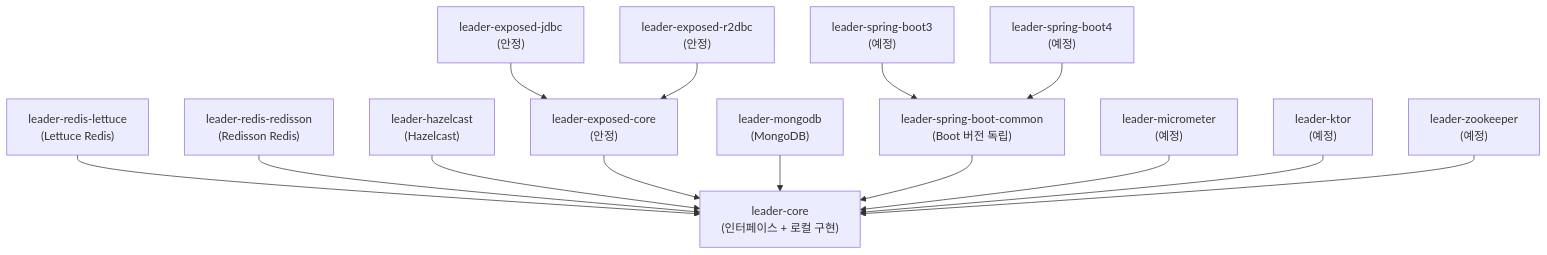
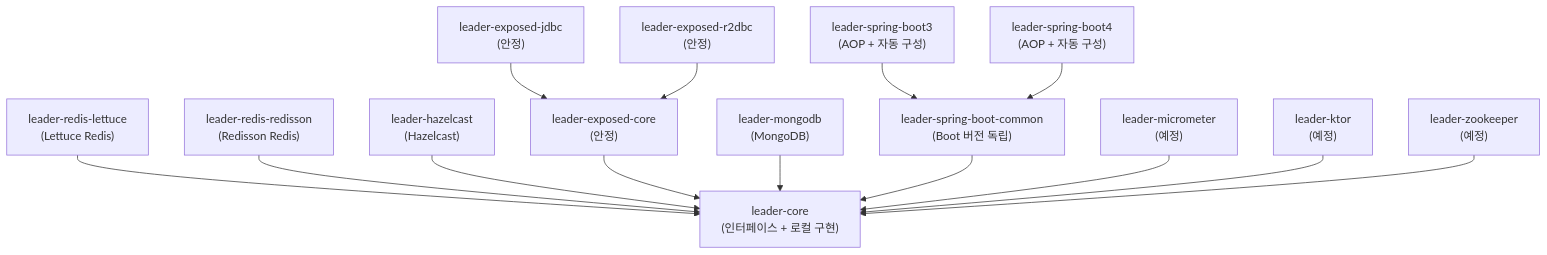
The first of 3 diagrams in README.ko.md (bluetape4k/bluetape4k-leader), drawn with Mermaid before and after one commit. The commit also changed other lines of this file and 68 other files, not shown here.

First line of the commit message:
feat: #41 leader-aop — @LeaderElection / @LeaderGroupElection AOP 어노테이션 + Spring Boot 3/4 AutoConfig (#86)

````diff
--- a/README.ko.md
+++ b/README.ko.md
@@ -25,31 +25,31 @@
 ```mermaid
 graph TD
     Core["leader-core\n(인터페이스 + 로컬 구현)"]
     Lettuce["leader-redis-lettuce\n(Lettuce Redis)"]
     Redisson["leader-redis-redisson\n(Redisson Redis)"]
     Hazelcast["leader-hazelcast\n(Hazelcast)"]
     ExposedCore["leader-exposed-core\n(안정)"]
     ExposedJdbc["leader-exposed-jdbc\n(안정)"]
     ExposedR2dbc["leader-exposed-r2dbc\n(안정)"]
     Mongo["leader-mongodb\n(MongoDB)"]
     SBCommon["leader-spring-boot-common\n(Boot 버전 독립)"]
-    SB3["leader-spring-boot3\n(예정)"]
-    SB4["leader-spring-boot4\n(예정)"]
+    SB3["leader-spring-boot3\n(AOP + 자동 구성)"]
+    SB4["leader-spring-boot4\n(AOP + 자동 구성)"]
     Metrics["leader-micrometer\n(예정)"]
     Ktor["leader-ktor\n(예정)"]
     ZK["leader-zookeeper\n(예정)"]
 
     Lettuce --> Core
     Redisson --> Core
     Hazelcast --> Core
     ExposedCore --> Core
     ExposedJdbc --> ExposedCore
     ExposedR2dbc --> ExposedCore
     Mongo --> Core
     SBCommon --> Core
     SB3 --> SBCommon
     SB4 --> SBCommon
     Metrics --> Core
     Ktor --> Core
     ZK --> Core
 ```
````
